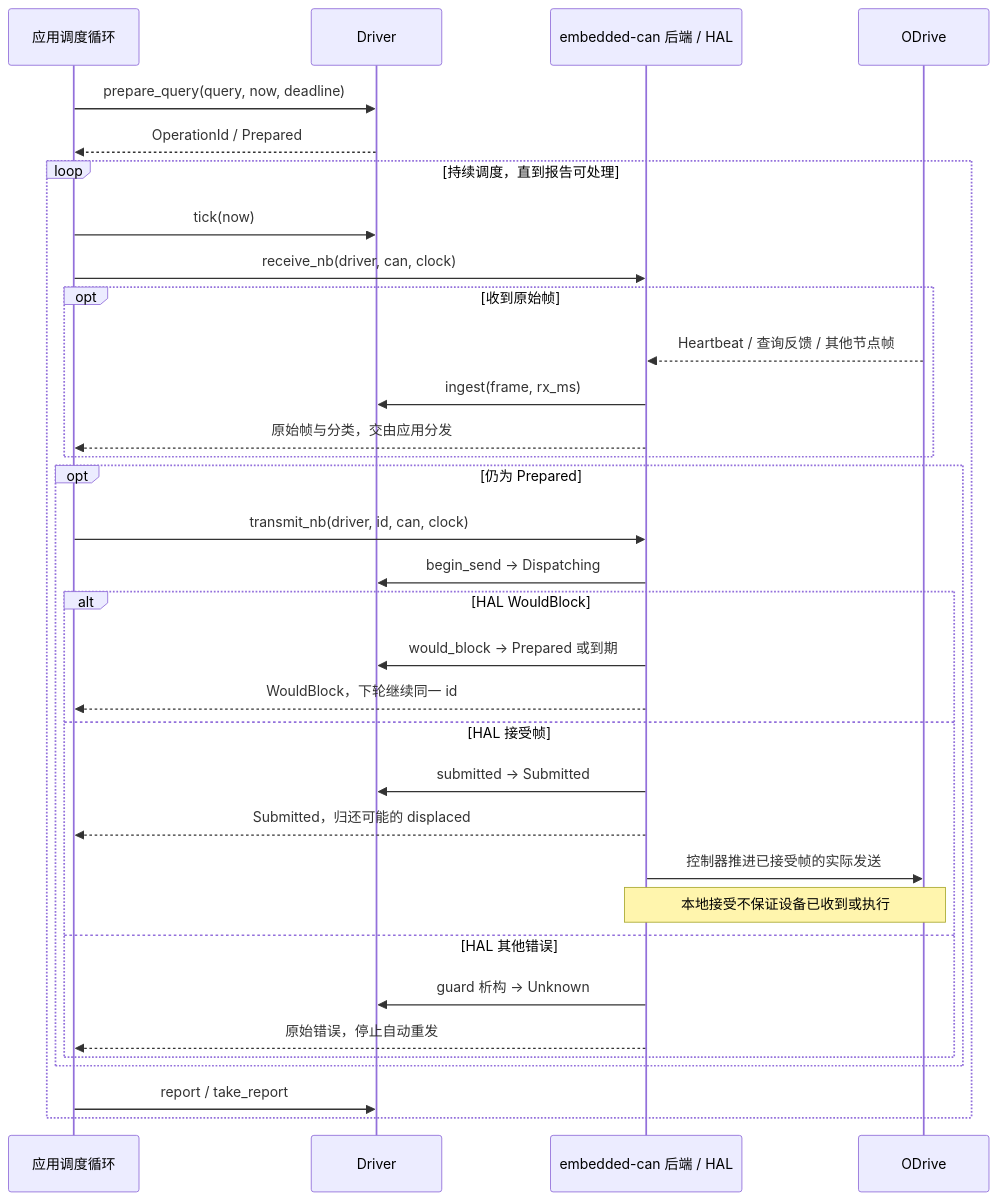
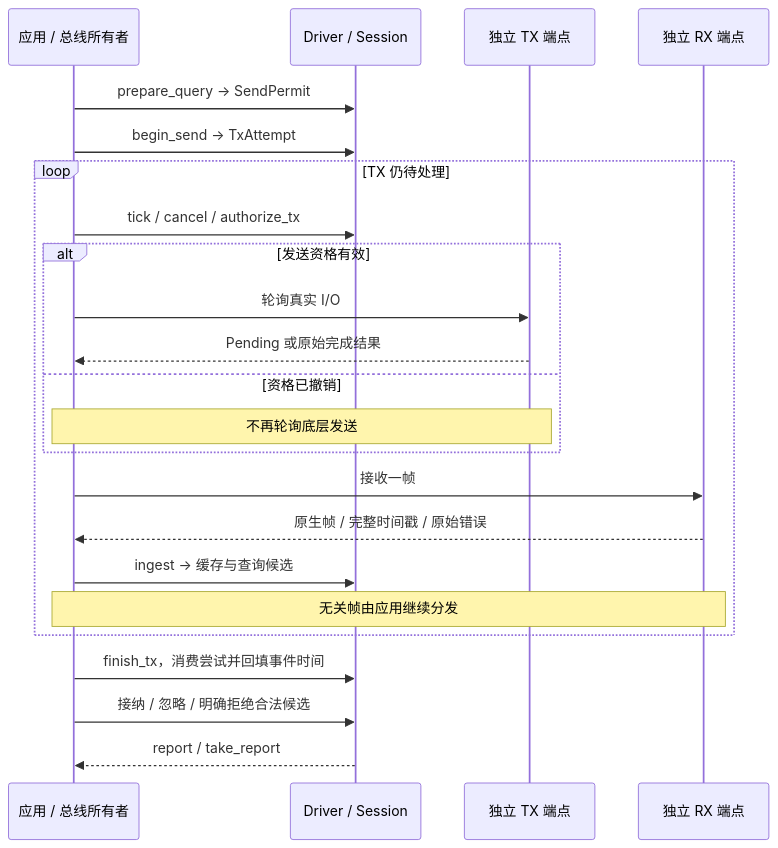
Before and after one commit to MRNIU/odrive-can-driver: the first of 3 diagrams in README.md, drawn with Mermaid. The commit also changed other lines of this file and 15 other files, not shown here.

````diff
--- a/README.md
+++ b/README.md
@@ -207,35 +122,25 @@
 ```mermaid
 sequenceDiagram
-    participant App as 应用调度循环
-    participant Core as Driver
-    participant IO as embedded-can 后端 / HAL
-    participant Device as ODrive
-    App->>Core: prepare_query(query, now, deadline)
-    Core-->>App: OperationId / Prepared
-    loop 持续调度，直到报告可处理
-        App->>Core: tick(now)
-        App->>IO: receive_nb(driver, can, clock)
-        opt 收到原始帧
-            Device-->>IO: Heartbeat / 查询反馈 / 其他节点帧
-            IO->>Core: ingest(frame, rx_ms)
-            IO-->>App: 原始帧与分类，交由应用分发
+    participant App as 应用 / 总线所有者
+    participant Core as Driver / Session
+    participant TX as 独立 TX 端点
+    participant RX as 独立 RX 端点
+    App->>Core: prepare_query → SendPermit
+    App->>Core: begin_send → TxAttempt
+    loop TX 仍待处理
+        App->>Core: tick / cancel / authorize_tx
+        alt 发送资格有效
+            App->>TX: 轮询真实 I/O
+            TX-->>App: Pending 或原始完成结果
+        else 资格已撤销
+            Note over App,TX: 不再轮询底层发送
         end
-        opt 仍为 Prepared
-            App->>IO: transmit_nb(driver, id, can, clock)
-            IO->>Core: begin_send → Dispatching
-            alt HAL WouldBlock
-                IO->>Core: would_block → Prepared 或到期
-                IO-->>App: WouldBlock，下轮继续同一 id
-            else HAL 接受帧
-                IO->>Core: submitted → Submitted
-                IO-->>App: Submitted，归还可能的 displaced
-                IO->>Device: 控制器推进已接受帧的实际发送
-                Note over IO,Device: 本地接受不保证设备已收到或执行
-            else HAL 其他错误
-                IO->>Core: guard 析构 → Unknown
-                IO-->>App: 原始错误，停止自动重发
-            end
-        end
-        App->>Core: report / take_report
+        App->>RX: 接收一帧
+        RX-->>App: 原生帧 / 完整时间戳 / 原始错误
+        App->>Core: ingest → 缓存与查询候选
+        Note over App,RX: 无关帧由应用继续分发
     end
+    App->>Core: finish_tx，消费尝试并回填事件时间
+    App->>Core: 接纳 / 忽略 / 明确拒绝合法候选
+    Core-->>App: report / take_report
 ```
````
